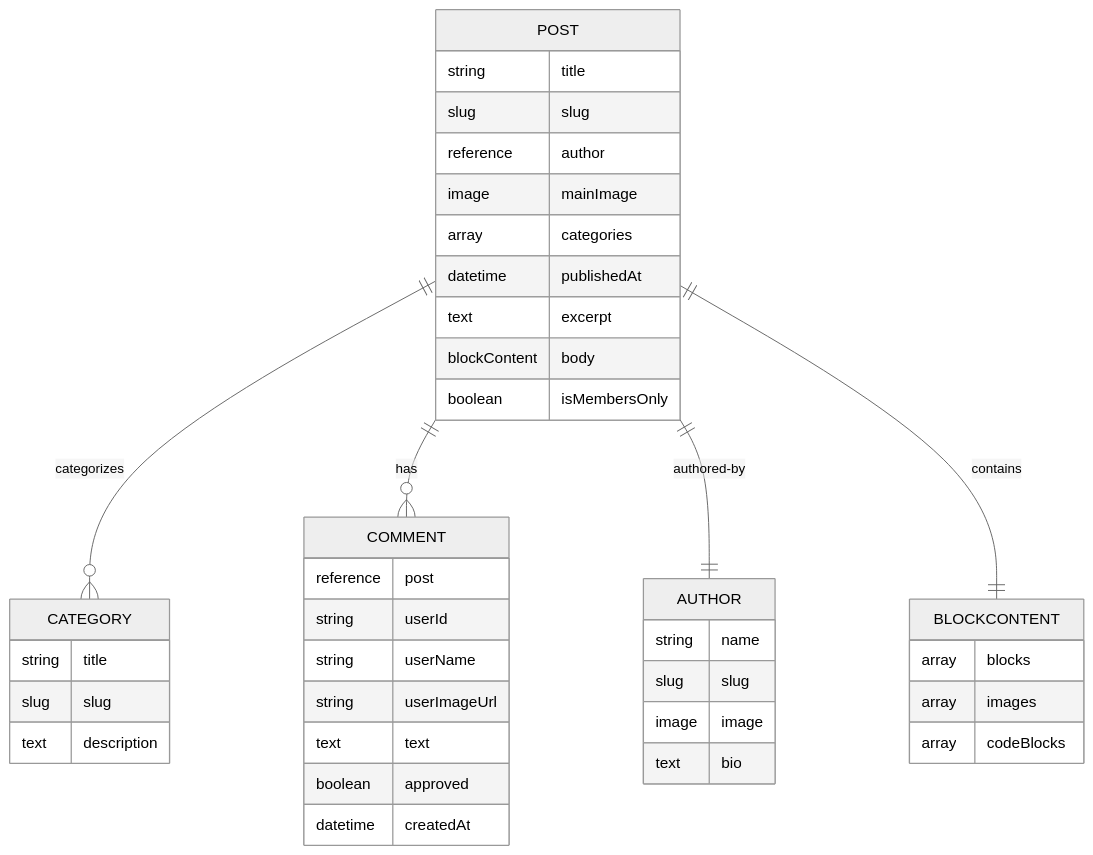
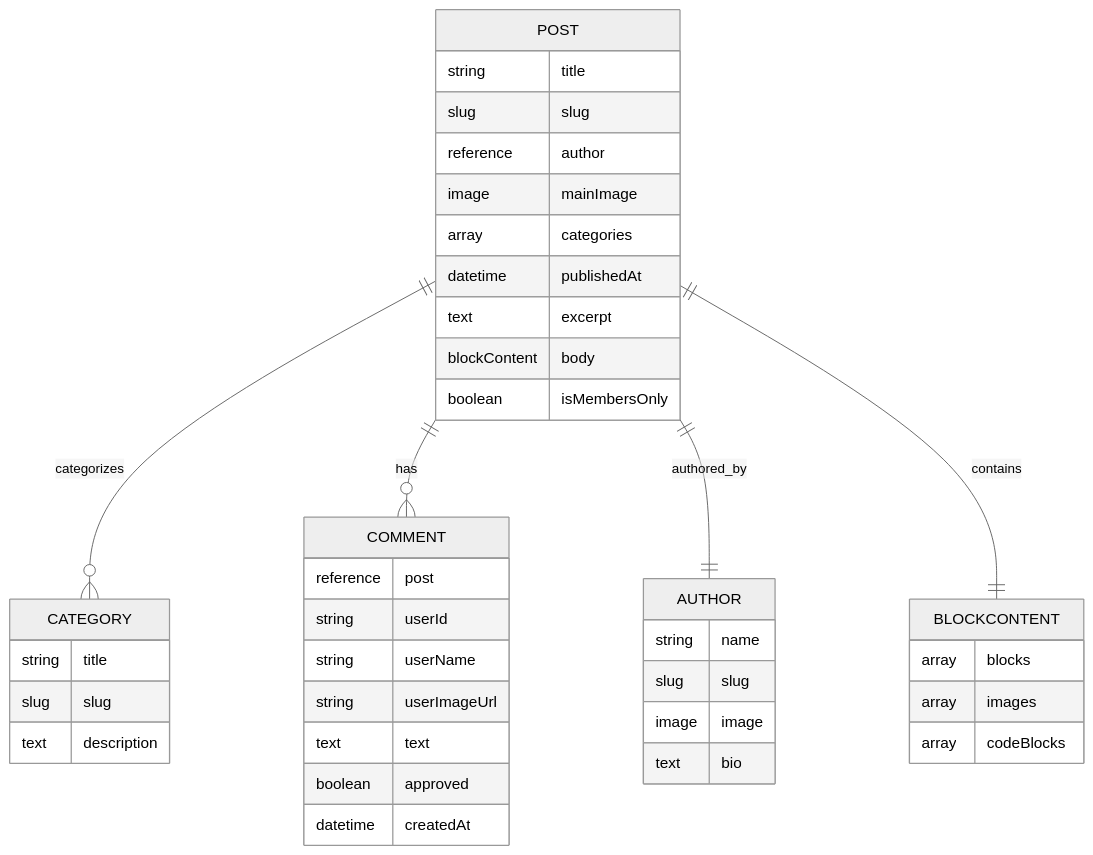
Before and after one commit to seanwhs/grey-matter-journal: the fifth of 8 diagrams in docs/architecture.md, drawn with Mermaid (neutral theme). The commit also changed other lines of this file, not shown here.

````diff
--- a/docs/architecture.md
+++ b/docs/architecture.md
@@ -159,43 +160,48 @@
 ```mermaid
 erDiagram
     POST ||--o{ CATEGORY : categorizes
     POST ||--o{ COMMENT : has
-    POST ||--|| AUTHOR : authored-by
+    POST ||--|| AUTHOR : authored_by
+    POST ||--|| BLOCKCONTENT : contains
+
     POST {
         string title
         slug slug
         reference author
         image mainImage
         array categories
         datetime publishedAt
         text excerpt
         blockContent body
         boolean isMembersOnly
     }
+
     AUTHOR {
         string name
         slug slug
         image image
         text bio
     }
+
     CATEGORY {
         string title
         slug slug
         text description
     }
+
     COMMENT {
         reference post
         string userId
         string userName
         string userImageUrl
         text text
         boolean approved
         datetime createdAt
     }
+
     BLOCKCONTENT {
         array blocks
         array images
         array codeBlocks
     }
-    POST ||--|| BLOCKCONTENT : contains
 ```
````
